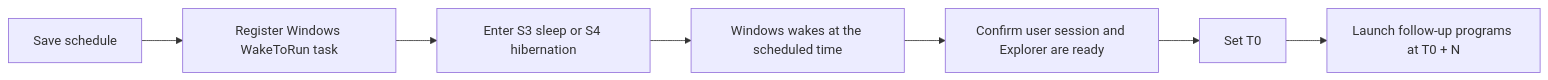
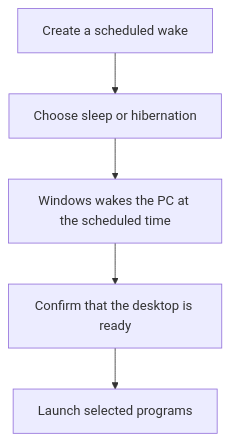
Before and after one commit to esleeeeee/eslee-auto-power: the first of 2 diagrams in README.en.md, drawn with Mermaid. The commit also changed other lines of this file and 1 other file, not shown here.

Commit message:
Rewrite user-facing README guides

````diff
--- a/README.en.md
+++ b/README.en.md
@@ -63,9 +121,7 @@
 ```mermaid
-flowchart LR
-    A["Save schedule"] --> B["Register Windows WakeToRun task"]
-    B --> C["Enter S3 sleep or S4 hibernation"]
-    C --> D["Windows wakes at the scheduled time"]
-    D --> E["Confirm user session and Explorer are ready"]
-    E --> F["Set T0"]
-    F --> G["Launch follow-up programs at T0 + N"]
+flowchart TD
+    A["Create a scheduled wake"] --> B["Choose sleep or hibernation"]
+    B --> C["Windows wakes the PC at the scheduled time"]
+    C --> D["Confirm that the desktop is ready"]
+    D --> E["Launch selected programs"]
 ```
````
